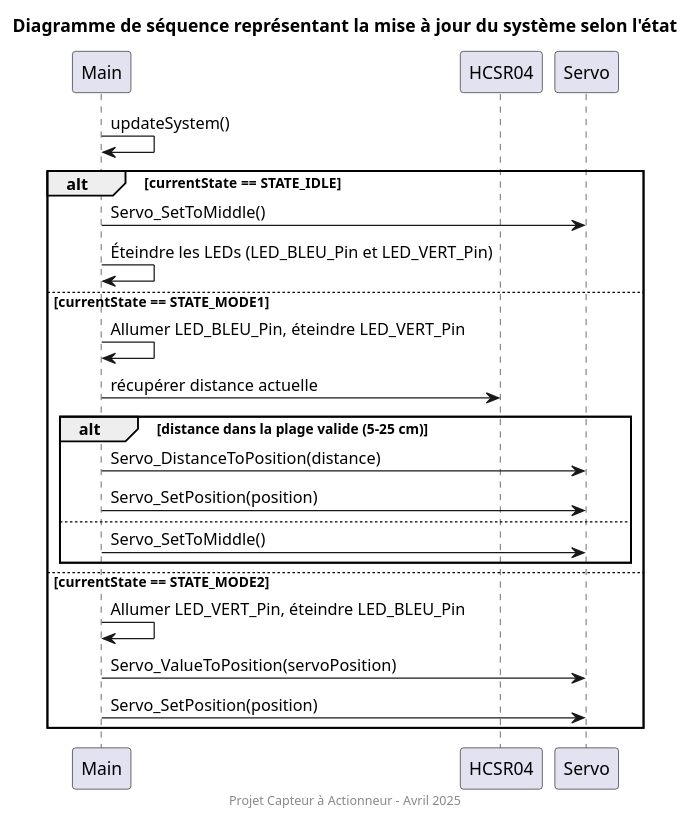
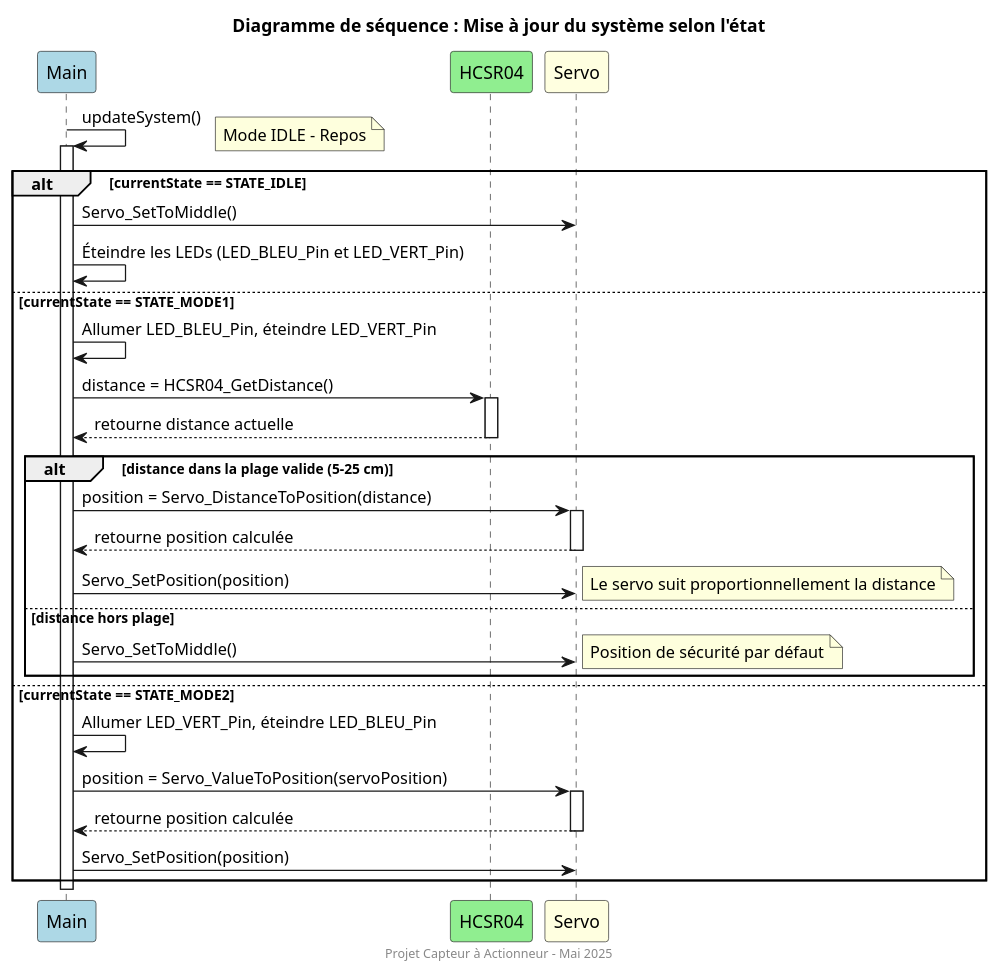
One commit to AzTaiiyoo/Capteur_actionneur changed the diagram in doc-README/DS-SystemUpdate.puml. Above: the diagram before and after it, drawn with PlantUML. The commit also changed 16 other files, not shown here.

```diff
--- a/doc-README/DS-SystemUpdate.puml
+++ b/doc-README/DS-SystemUpdate.puml
@@ -1,31 +1,48 @@
 @startuml
 ' Participants (modules)
-participant "Main" as Main
-participant "HCSR04" as HCSR04
-participant "Servo" as Servo
+participant "Main" as Main #LightBlue
+participant "HCSR04" as HCSR04 #LightGreen
+participant "Servo" as Servo #LightYellow
+
+title Diagramme de séquence : Mise à jour du système selon l'état
 
 Main -> Main: updateSystem()
+activate Main
 
 alt currentState == STATE_IDLE
+  note right: Mode IDLE - Repos
   Main -> Servo: Servo_SetToMiddle()
   Main -> Main: Éteindre les LEDs (LED_BLEU_Pin et LED_VERT_Pin)
 else currentState == STATE_MODE1
+  note right: Mode 1 - Suivi capteur
   Main -> Main: Allumer LED_BLEU_Pin, éteindre LED_VERT_Pin
-  Main -> HCSR04: récupérer distance actuelle
+  Main -> HCSR04: distance = HCSR04_GetDistance()
+  activate HCSR04
+  HCSR04 --> Main: retourne distance actuelle
+  deactivate HCSR04
   
   alt distance dans la plage valide (5-25 cm)
-    Main -> Servo: Servo_DistanceToPosition(distance)
+    Main -> Servo: position = Servo_DistanceToPosition(distance)
+    activate Servo
+    Servo --> Main: retourne position calculée
+    deactivate Servo
     Main -> Servo: Servo_SetPosition(position)
-  else
+    note right: Le servo suit proportionnellement la distance
+  else distance hors plage
     Main -> Servo: Servo_SetToMiddle()
+    note right: Position de sécurité par défaut
   end
 else currentState == STATE_MODE2
+  note right: Mode 2 - Commande utilisateur
   Main -> Main: Allumer LED_VERT_Pin, éteindre LED_BLEU_Pin
-  Main -> Servo: Servo_ValueToPosition(servoPosition)
+  Main -> Servo: position = Servo_ValueToPosition(servoPosition)
+  activate Servo
+  Servo --> Main: retourne position calculée
+  deactivate Servo
   Main -> Servo: Servo_SetPosition(position)
 end
 
-title Diagramme de séquence représentant la mise à jour du système selon l'état
-footer Projet Capteur à Actionneur – Avril 2025
+deactivate Main
 
+footer Projet Capteur à Actionneur – Mai 2025
 @enduml
```
